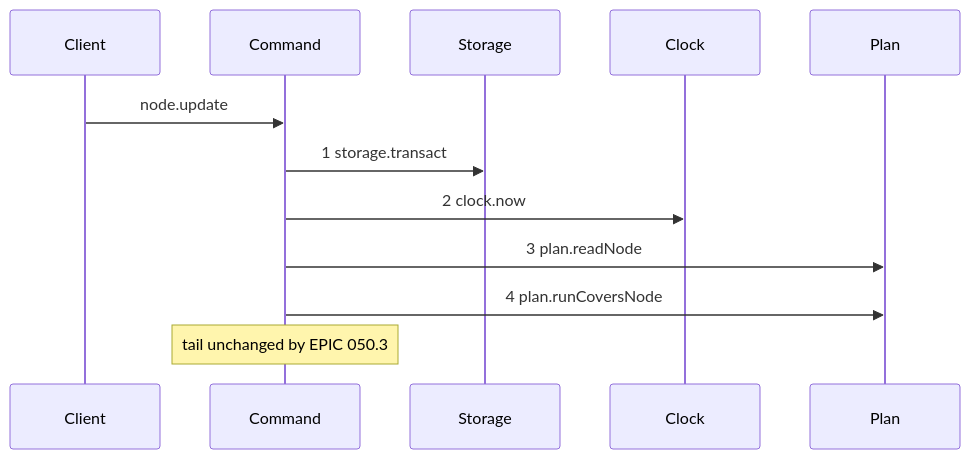
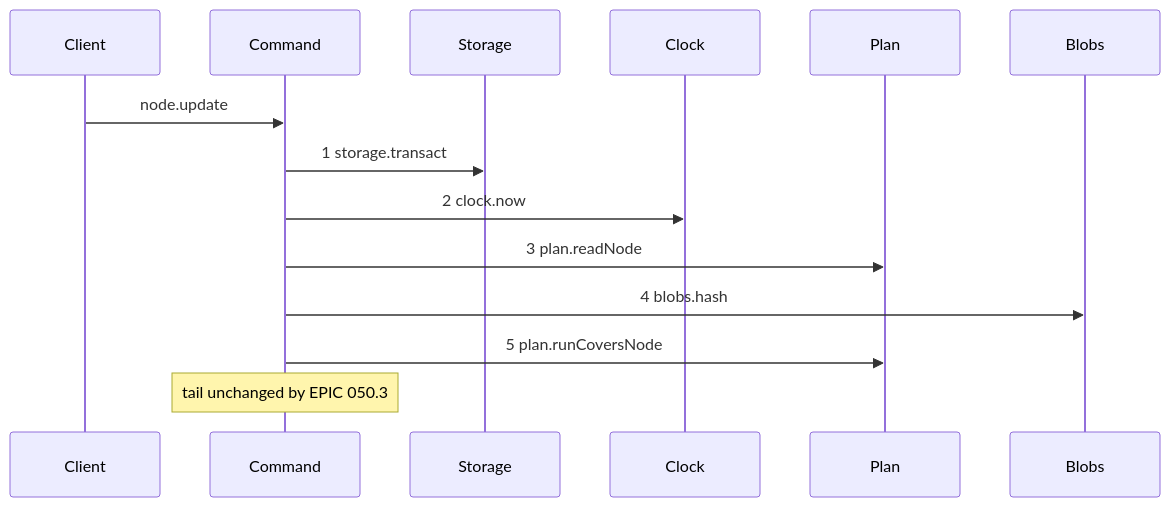
The second of 2 diagrams in .agents/plan/stories/050.3-the-plan-write-guard/03-the-update-node-guard.md (kanthorlabs/kanthord-engine), drawn with Mermaid before and after one commit. The commit also changed other lines of this file and 52 other files, not shown here.

````diff
--- a/.agents/plan/stories/050.3-the-plan-write-guard/03-the-update-node-guard.md
+++ b/.agents/plan/stories/050.3-the-plan-write-guard/03-the-update-node-guard.md
@@ -52,14 +64,16 @@
 ```mermaid
 sequenceDiagram
     participant Client
     participant Command
     participant Storage
     participant Clock
     participant Plan
+    participant Blobs
     Client->>Command: node.update
     Command->>Storage: 1 storage.transact
     Command->>Clock: 2 clock.now
     Command->>Plan: 3 plan.readNode
-    Command->>Plan: 4 plan.runCoversNode
+    Command->>Blobs: 4 blobs.hash
+    Command->>Plan: 5 plan.runCoversNode
     note over Command: tail unchanged by EPIC 050.3
 ```
````
